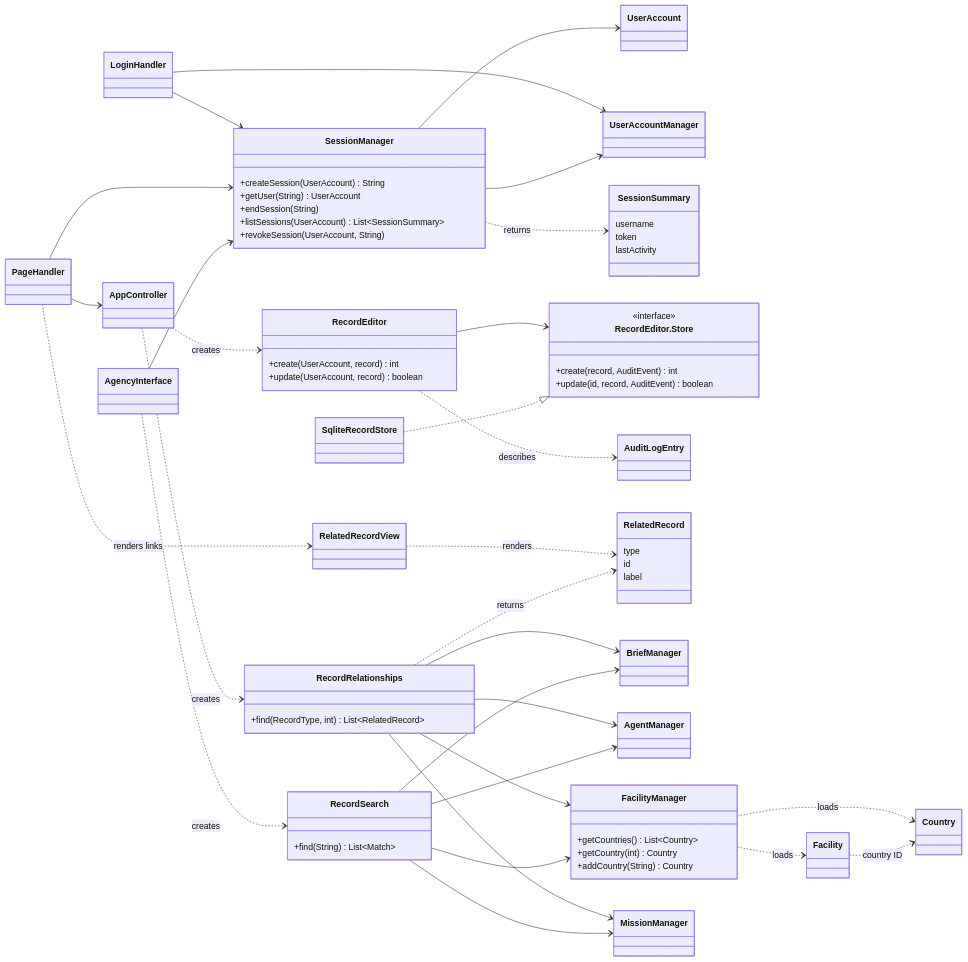
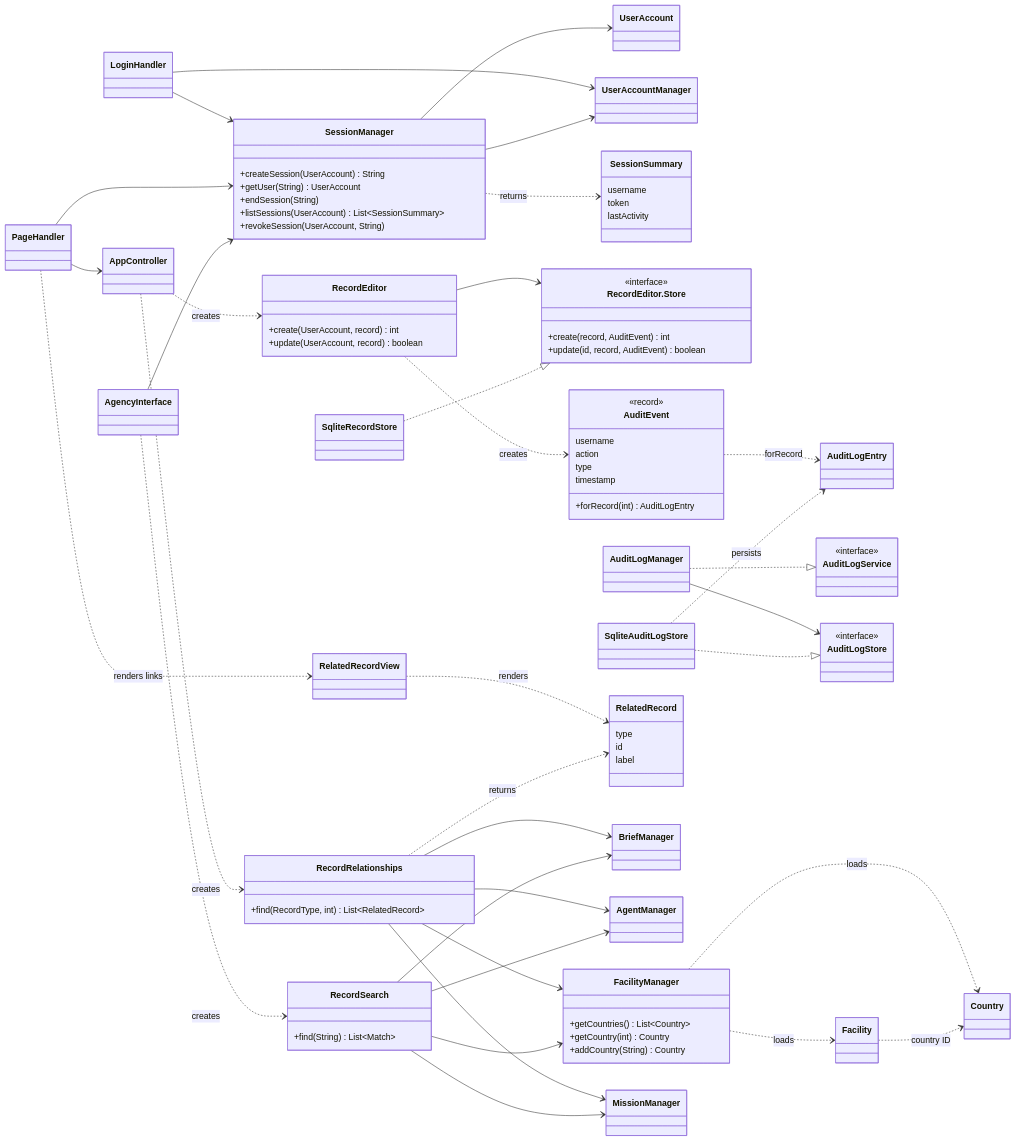
One commit to fa26-cs3140/2-15-TopSecret changed the first of 2 diagrams in docs/team-d/DESIGN.md. Above: the diagram before and after it, drawn with Mermaid. The commit also changed other lines of this file and 4 other files, not shown here.

Commit message:
docs: publish current Team D diagrams and schema notes

```diff
--- a/docs/team-d/DESIGN.md
+++ b/docs/team-d/DESIGN.md
@@ -37,6 +44,22 @@
     }
     class SqliteRecordStore
     class AuditLogEntry
+    class AuditEvent {
+        <<record>>
+        username
+        action
+        type
+        timestamp
+        +forRecord(int) AuditLogEntry
+    }
+    class AuditLogManager
+    class AuditLogService {
+        <<interface>>
+    }
+    class SqliteAuditLogStore
+    class AuditLogStore {
+        <<interface>>
+    }
     class RecordSearch {
         +find(String) List~Match~
     }
@@ -73,7 +96,12 @@
     FacilityManager ..> Facility : loads
     Facility ..> Country : country ID
     RecordEditor --> EditStore
-    RecordEditor ..> AuditLogEntry : describes
+    RecordEditor ..> AuditEvent : creates
+    AuditEvent ..> AuditLogEntry : forRecord
+    AuditLogManager ..|> AuditLogService
+    AuditLogManager --> AuditLogStore
+    SqliteAuditLogStore ..|> AuditLogStore
+    SqliteAuditLogStore ..> AuditLogEntry : persists
     RecordRelationships --> BriefManager
     RecordRelationships --> AgentManager
     RecordRelationships --> FacilityManager
```
